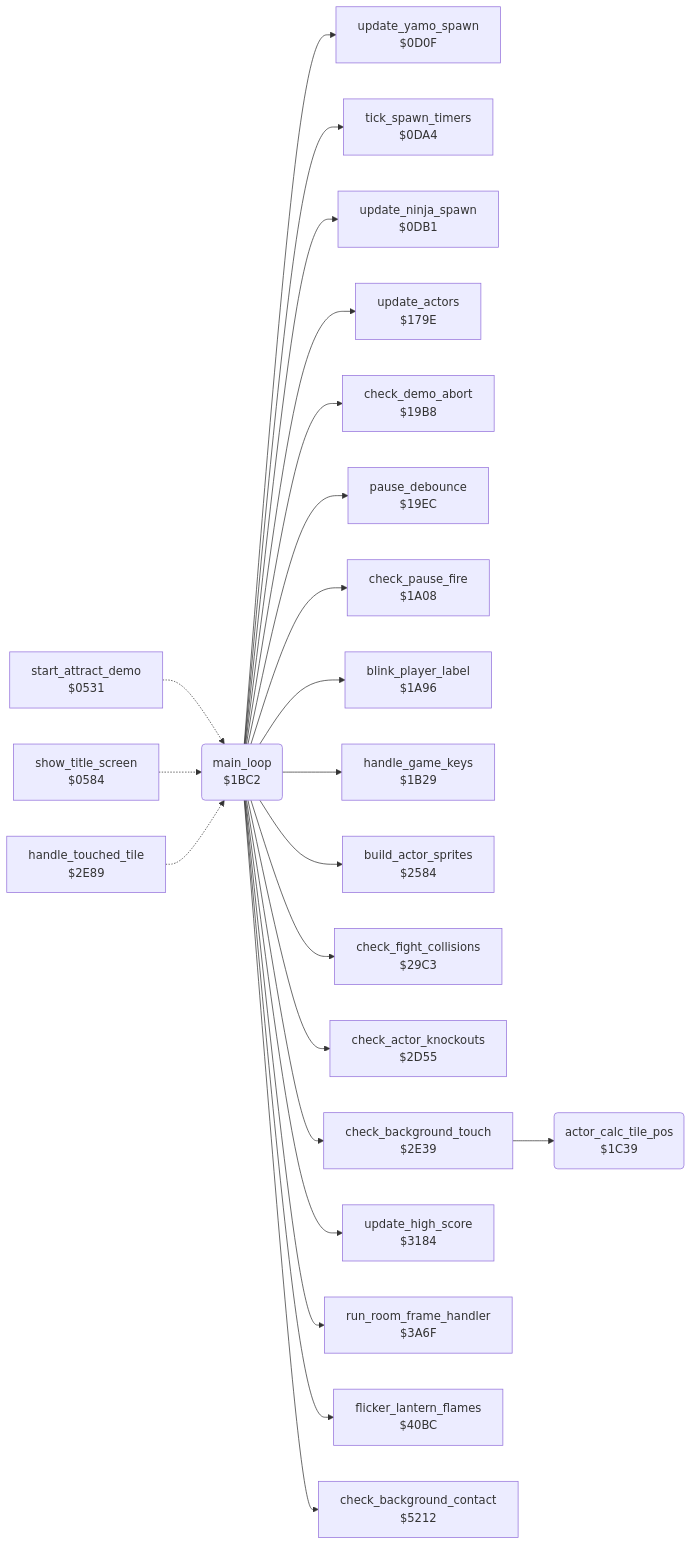
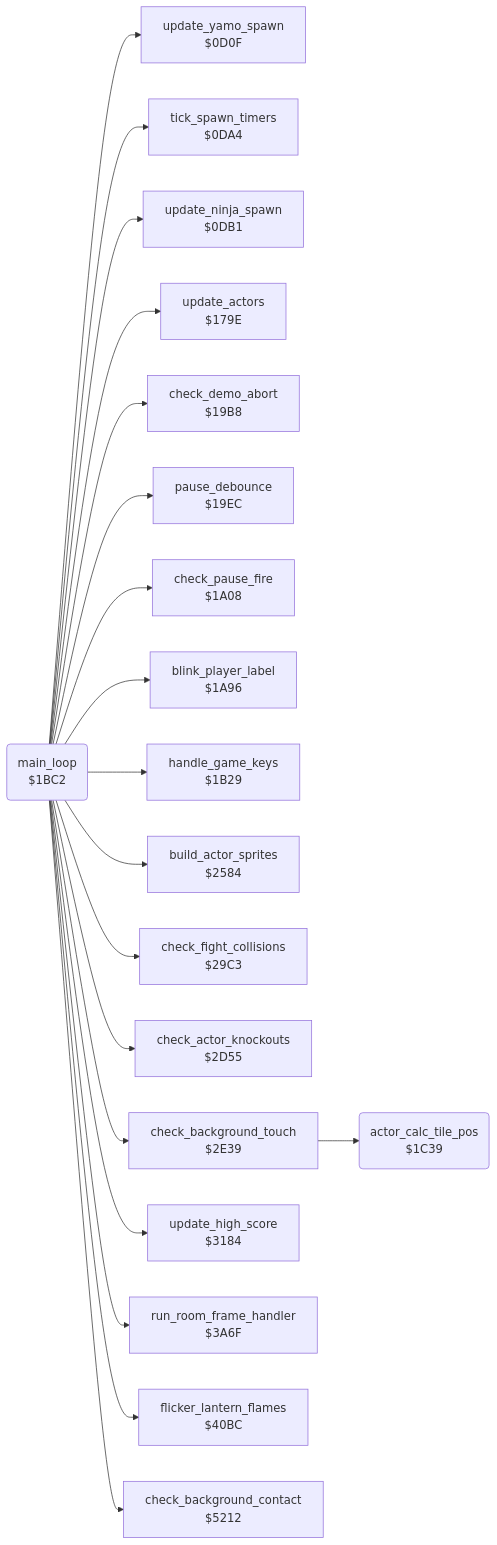
The diagram in bruce_lee/docs/reference/modules/game/game_main_loop.md (henols/c64_games), drawn with Mermaid before and after one commit. The commit also changed other lines of this file and 236 other files, not shown here.

````diff
--- a/bruce_lee/docs/reference/modules/game/game_main_loop.md
+++ b/bruce_lee/docs/reference/modules/game/game_main_loop.md
@@ -10,46 +19,40 @@
 ```mermaid
 flowchart LR
-  n0531["start_attract_demo<br/>$0531"]
-  n0584["show_title_screen<br/>$0584"]
   n0d0f["update_yamo_spawn<br/>$0D0F"]
   n0da4["tick_spawn_timers<br/>$0DA4"]
   n0db1["update_ninja_spawn<br/>$0DB1"]
   n179e["update_actors<br/>$179E"]
   n19b8["check_demo_abort<br/>$19B8"]
   n19ec["pause_debounce<br/>$19EC"]
   n1a08["check_pause_fire<br/>$1A08"]
   n1a96["blink_player_label<br/>$1A96"]
   n1b29["handle_game_keys<br/>$1B29"]
   n1bc2("main_loop<br/>$1BC2")
   n1c39("actor_calc_tile_pos<br/>$1C39")
   n2584["build_actor_sprites<br/>$2584"]
   n29c3["check_fight_collisions<br/>$29C3"]
   n2d55["check_actor_knockouts<br/>$2D55"]
   n2e39["check_background_touch<br/>$2E39"]
-  n2e89["handle_touched_tile<br/>$2E89"]
   n3184["update_high_score<br/>$3184"]
   n3a6f["run_room_frame_handler<br/>$3A6F"]
   n40bc["flicker_lantern_flames<br/>$40BC"]
   n5212["check_background_contact<br/>$5212"]
-  n0531 -.-> n1bc2
-  n0584 -.-> n1bc2
   n1bc2 --> n0d0f
   n1bc2 --> n0da4
   n1bc2 --> n0db1
   n1bc2 --> n179e
   n1bc2 --> n19b8
   n1bc2 --> n19ec
   n1bc2 --> n1a08
   n1bc2 --> n1a96
   n1bc2 --> n1b29
   n1bc2 --> n2584
   n1bc2 --> n29c3
   n1bc2 --> n2d55
   n1bc2 --> n2e39
   n1bc2 --> n3184
   n1bc2 --> n3a6f
   n1bc2 --> n40bc
   n1bc2 --> n5212
   n2e39 --> n1c39
-  n2e89 -.-> n1bc2
 ```
````
